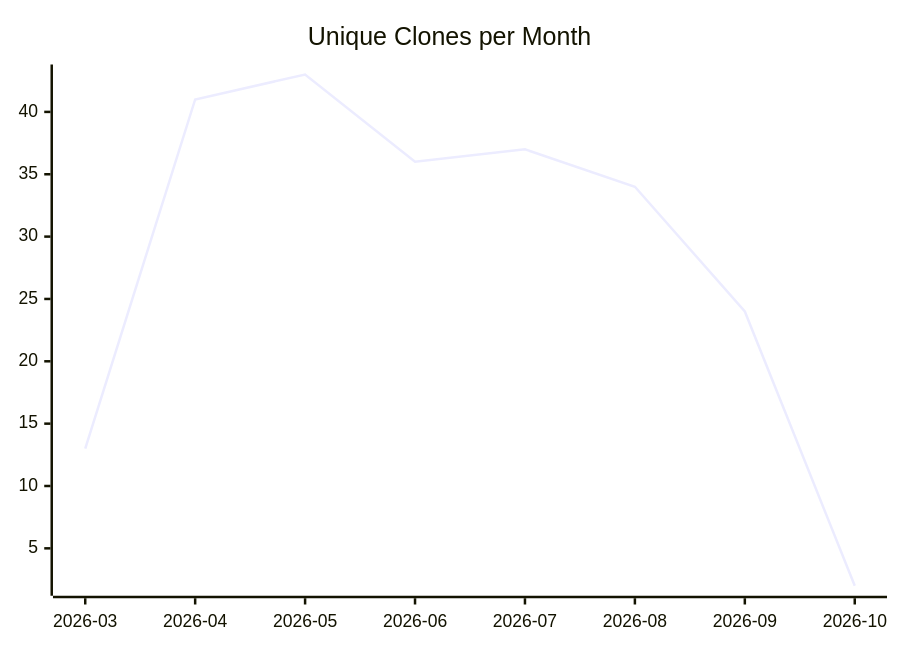
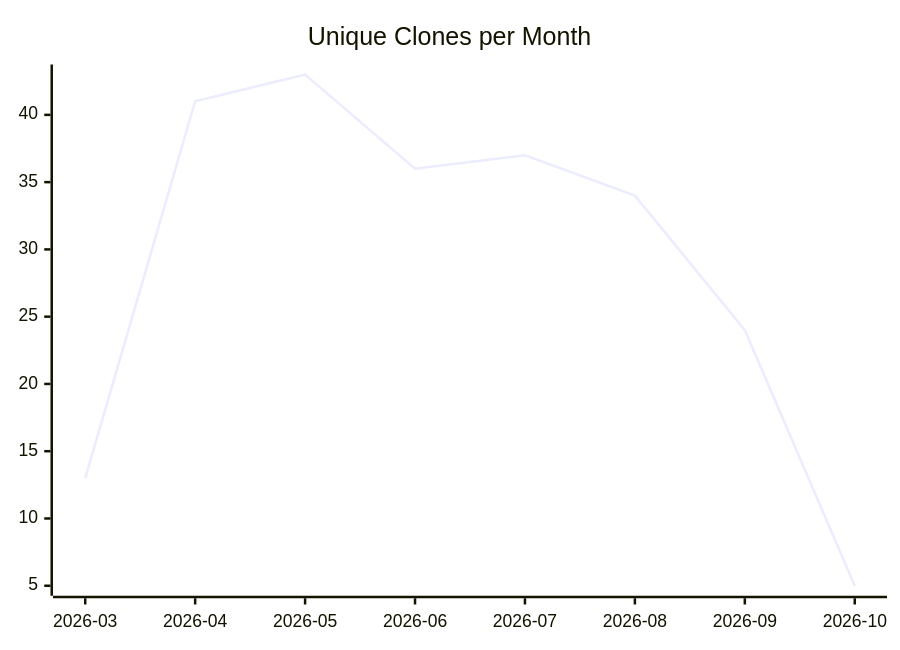
The third of 3 diagrams in karlmdavis/usgs-water-api-java/README.md (justdavis-family/github-analytics-data), drawn with Mermaid before and after one commit. The commit also changed other lines of this file and 200 other files, not shown here.

````diff
--- a/karlmdavis/usgs-water-api-java/README.md
+++ b/karlmdavis/usgs-water-api-java/README.md
@@ -19,6 +19,6 @@
 ```mermaid
 xychart-beta
   title "Unique Clones per Month"
   x-axis ["2026-03", "2026-04", "2026-05", "2026-06", "2026-07", "2026-08", "2026-09", "2026-10"]
-  line [13, 41, 43, 36, 37, 34, 24, 2]
+  line [13, 41, 43, 36, 37, 34, 24, 5]
 ```
````
